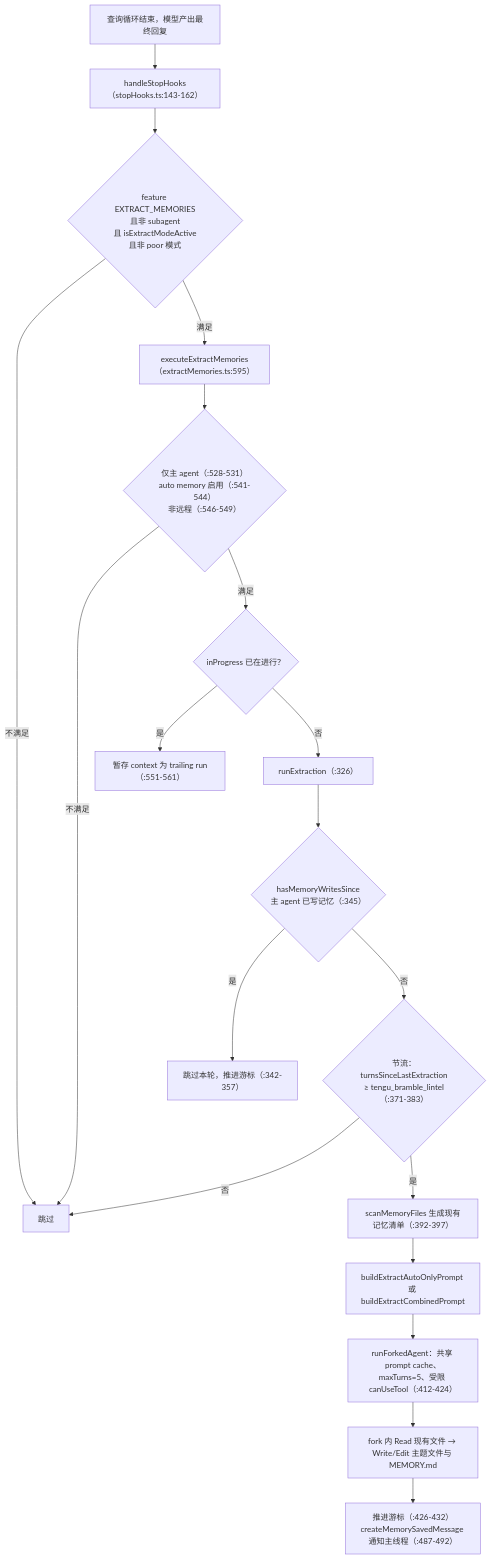
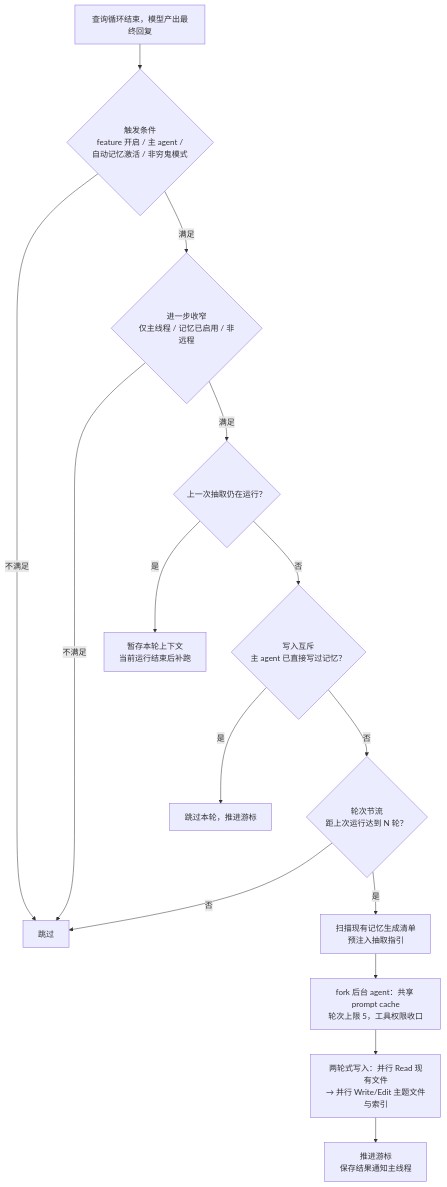
The third of 4 diagrams in agent/learn-cc/memory.md (c926694/obsidian_note), drawn with Mermaid before and after one commit. The commit also changed other lines of this file and 6 other files, not shown here.

````diff
--- a/agent/learn-cc/memory.md
+++ b/agent/learn-cc/memory.md
@@ -228,21 +291,17 @@
 ```mermaid
 flowchart TD
-  A["查询循环结束，模型产出最终回复"] --> B["handleStopHooks（stopHooks.ts:143-162）"]
-  B --> C{"feature EXTRACT_MEMORIES<br/>且非 subagent<br/>且 isExtractModeActive<br/>且非 poor 模式"}
-  C -->|不满足| END1["跳过"]
-  C -->|满足| D["executeExtractMemories（extractMemories.ts:595）"]
-  D --> E{"仅主 agent（:528-531）<br/>auto memory 启用（:541-544）<br/>非远程（:546-549）"}
-  E -->|不满足| END1
-  E -->|满足| F{"inProgress 已在进行？"}
-  F -->|是| G["暂存 context 为 trailing run（:551-561）"]
-  F -->|否| H["runExtraction（:326）"]
-  H --> I{"hasMemoryWritesSince<br/>主 agent 已写记忆（:345）"}
-  I -->|是| J["跳过本轮，推进游标（:342-357）"]
-  I -->|否| K{"节流：turnsSinceLastExtraction<br/>≥ tengu_bramble_lintel（:371-383）"}
-  K -->|否| END1
-  K -->|是| L["scanMemoryFiles 生成现有记忆清单（:392-397）"]
-  L --> M["buildExtractAutoOnlyPrompt 或 buildExtractCombinedPrompt"]
-  M --> N["runForkedAgent：共享 prompt cache、<br/>maxTurns=5、受限 canUseTool（:412-424）"]
-  N --> O["fork 内 Read 现有文件 → Write/Edit 主题文件与 MEMORY.md"]
-  O --> P["推进游标（:426-432）<br/>createMemorySavedMessage 通知主线程（:487-492）"]
+  A["查询循环结束，模型产出最终回复"] --> B{"触发条件<br/>feature 开启 / 主 agent /<br/>自动记忆激活 / 非穷鬼模式"}
+  B -->|不满足| END1["跳过"]
+  B -->|满足| C{"进一步收窄<br/>仅主线程 / 记忆已启用 / 非远程"}
+  C -->|不满足| END1
+  C -->|满足| D{"上一次抽取仍在运行？"}
+  D -->|是| E["暂存本轮上下文<br/>当前运行结束后补跑"]
+  D -->|否| F{"写入互斥<br/>主 agent 已直接写过记忆？"}
+  F -->|是| G["跳过本轮，推进游标"]
+  F -->|否| H{"轮次节流<br/>距上次运行达到 N 轮？"}
+  H -->|否| END1
+  H -->|是| I["扫描现有记忆生成清单<br/>预注入抽取指引"]
+  I --> J["fork 后台 agent：共享 prompt cache<br/>轮次上限 5，工具权限收口"]
+  J --> K["两轮式写入：并行 Read 现有文件<br/>→ 并行 Write/Edit 主题文件与索引"]
+  K --> L["推进游标<br/>保存结果通知主线程"]
 ```
````
